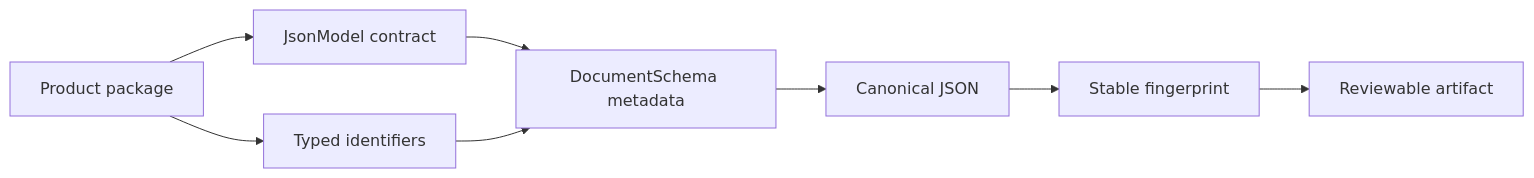
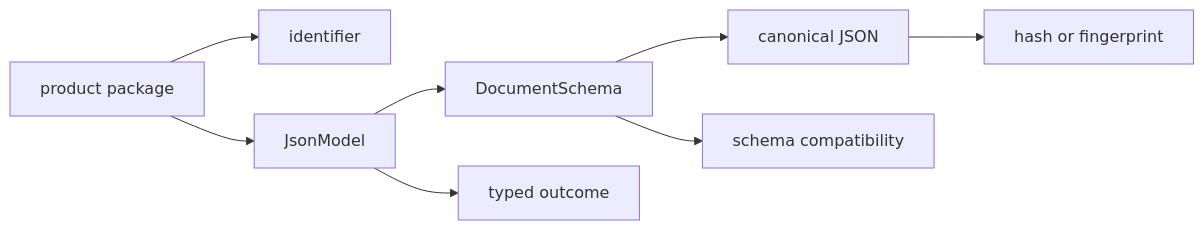
The first of 2 diagrams in docs/03-bijux-proteomics-foundation/interfaces/index.md (bijux/bijux-proteomics), drawn with Mermaid before and after one commit. The commit also changed other lines of this file and 1 other file, not shown here.

Commit message:
docs(foundation): define portable contract boundaries

````diff
--- a/docs/03-bijux-proteomics-foundation/interfaces/index.md
+++ b/docs/03-bijux-proteomics-foundation/interfaces/index.md
@@ -18,16 +17,10 @@
 ```mermaid
 flowchart LR
-    producer["Product package"]
-    ids["Typed identifiers"]
-    model["JsonModel contract"]
-    document["DocumentSchema metadata"]
-    canonical["Canonical JSON"]
-    digest["Stable fingerprint"]
-    artifact["Reviewable artifact"]
-
-    producer --> ids
-    producer --> model
-    model --> document
-    ids --> document
-    document --> canonical --> digest --> artifact
+    P["product package"] --> I["identifier"]
+    P --> M["JsonModel"]
+    M --> D["DocumentSchema"]
+    D --> J["canonical JSON"]
+    J --> H["hash or fingerprint"]
+    D --> V["schema compatibility"]
+    M --> O["typed outcome"]
 ```
````
